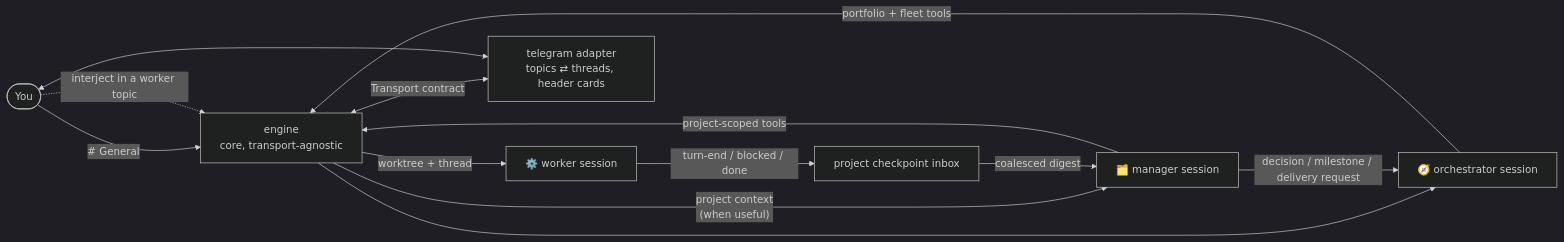
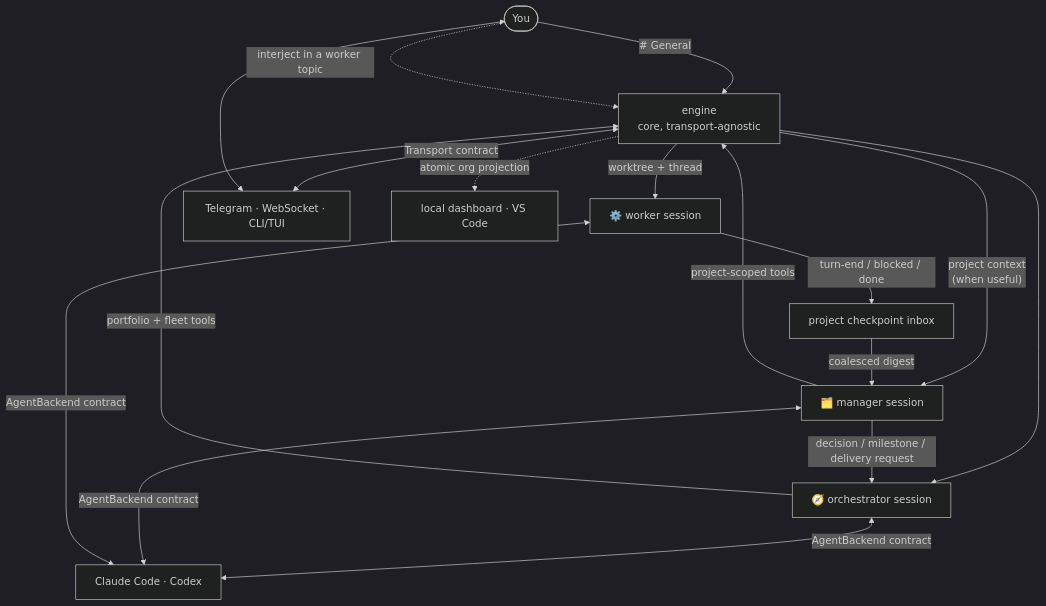
Before and after one commit to Dri-water/be-a-boss: the second of 3 diagrams in README.md, drawn with Mermaid (dark theme). The commit also changed 1 other file, not shown here.

Commit message:
Clarify transport and backend architecture

````diff
--- a/README.md
+++ b/README.md
@@ -136,15 +136,17 @@
 ```mermaid
-flowchart LR
+flowchart TB
     U([You]) -->|"# General"| ENG[engine<br/>core, transport-agnostic]
     U -. "interject in a worker topic" .-> ENG
     ENG --> ORC["🧭 orchestrator session"]
     ORC -->|"portfolio + fleet tools"| ENG
     ENG -->|"project context<br/>(when useful)"| PM["🗂️ manager session"]
     PM -->|"project-scoped tools"| ENG
     ENG -->|worktree + thread| C1["⚙️ worker session"]
     C1 -->|"turn-end / blocked / done"| SUP[project checkpoint inbox]
     SUP -->|coalesced digest| PM
     PM -->|"decision / milestone / delivery request"| ORC
-    ENG <-->|Transport contract| TG[telegram adapter<br/>topics ⇄ threads, header cards]
-    TG <--> U
+    ENG <-->|Transport contract| SURFACES[Telegram · WebSocket · CLI/TUI]
+    SURFACES <--> U
+    ENG -.->|atomic org projection| OBS[local dashboard · VS Code]
+    ORC & PM & C1 <-->|AgentBackend contract| BACKENDS[Claude Code · Codex]
 ```
````
